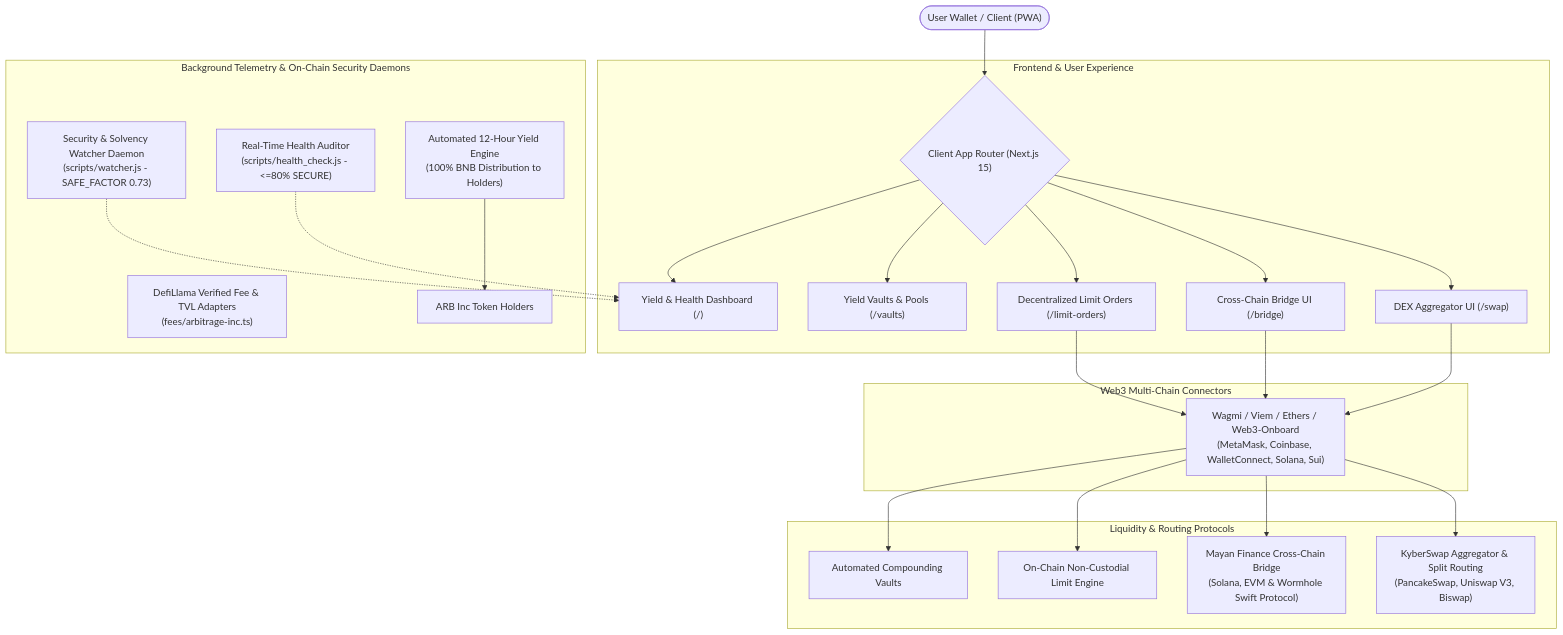
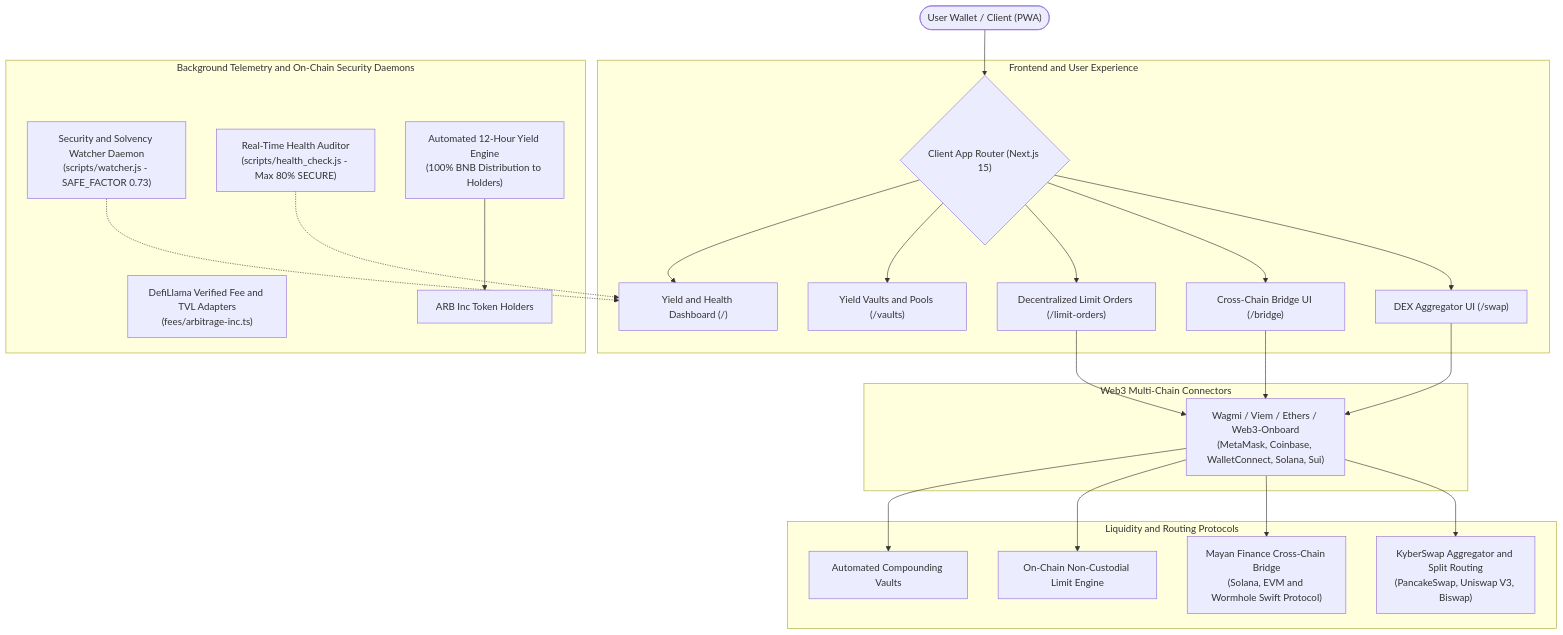
One commit to Lukecele/Arb-Inc-All-in-Dex changed the diagram in README.md. Above: the diagram before and after it, drawn with Mermaid.

Commit message:
fix(docs): resolve mobile Mermaid rendering syntax error

````diff
--- a/README.md
+++ b/README.md
@@ -26,33 +26,35 @@
 ```mermaid
 flowchart TD
     User(["User Wallet / Client (PWA)"]) --> Router{"Client App Router (Next.js 15)"}
     
-    subgraph Frontend ["Frontend & User Experience"]
+    subgraph Frontend["Frontend and User Experience"]
         Router --> SwapUI["DEX Aggregator UI (/swap)"]
         Router --> BridgeUI["Cross-Chain Bridge UI (/bridge)"]
         Router --> LimitUI["Decentralized Limit Orders (/limit-orders)"]
-        Router --> VaultsUI["Yield Vaults & Pools (/vaults)"]
-        Router --> DashUI["Yield & Health Dashboard (/)"]
+        Router --> VaultsUI["Yield Vaults and Pools (/vaults)"]
+        Router --> DashUI["Yield and Health Dashboard (/)"]
     end
     
-    subgraph Web3Core ["Web3 Multi-Chain Connectors"]
-        SwapUI & BridgeUI & LimitUI --> Connectors["Wagmi / Viem / Ethers / Web3-Onboard\n(MetaMask, Coinbase, WalletConnect, Solana, Sui)"]
+    subgraph Web3Core["Web3 Multi-Chain Connectors"]
+        SwapUI --> Connectors["Wagmi / Viem / Ethers / Web3-Onboard<br/>(MetaMask, Coinbase, WalletConnect, Solana, Sui)"]
+        BridgeUI --> Connectors
+        LimitUI --> Connectors
     end
     
-    subgraph ExecutionEngine ["Liquidity & Routing Protocols"]
-        Connectors --> Kyber["KyberSwap Aggregator & Split Routing\n(PancakeSwap, Uniswap V3, Biswap)"]
-        Connectors --> Mayan["Mayan Finance Cross-Chain Bridge\n(Solana, EVM & Wormhole Swift Protocol)"]
+    subgraph ExecutionEngine["Liquidity and Routing Protocols"]
+        Connectors --> Kyber["KyberSwap Aggregator and Split Routing<br/>(PancakeSwap, Uniswap V3, Biswap)"]
+        Connectors --> Mayan["Mayan Finance Cross-Chain Bridge<br/>(Solana, EVM and Wormhole Swift Protocol)"]
         Connectors --> LimitOrders["On-Chain Non-Custodial Limit Engine"]
         Connectors --> Beefy["Automated Compounding Vaults"]
     end
     
-    subgraph DaemonSecurity ["Background Telemetry & On-Chain Security Daemons"]
-        Watcher["Security & Solvency Watcher Daemon\n(scripts/watcher.js - SAFE_FACTOR 0.73)"]
-        HealthCheck["Real-Time Health Auditor\n(scripts/health_check.js - <=80% SECURE)"]
-        YieldDistributor["Automated 12-Hour Yield Engine\n(100% BNB Distribution to Holders)"]
-        DefiLlama["DefiLlama Verified Fee & TVL Adapters\n(fees/arbitrage-inc.ts)"]
+    subgraph DaemonSecurity["Background Telemetry and On-Chain Security Daemons"]
+        Watcher["Security and Solvency Watcher Daemon<br/>(scripts/watcher.js - SAFE_FACTOR 0.73)"]
+        HealthCheck["Real-Time Health Auditor<br/>(scripts/health_check.js - Max 80% SECURE)"]
+        YieldDistributor["Automated 12-Hour Yield Engine<br/>(100% BNB Distribution to Holders)"]
+        DefiLlama["DefiLlama Verified Fee and TVL Adapters<br/>(fees/arbitrage-inc.ts)"]
         Watcher -.-> DashUI
         HealthCheck -.-> DashUI
         YieldDistributor --> Holders["ARB Inc Token Holders"]
     end
 ```
````
